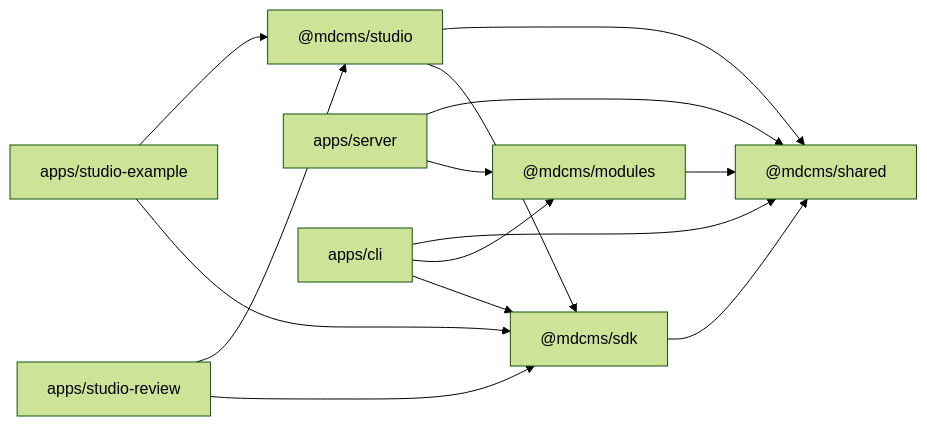
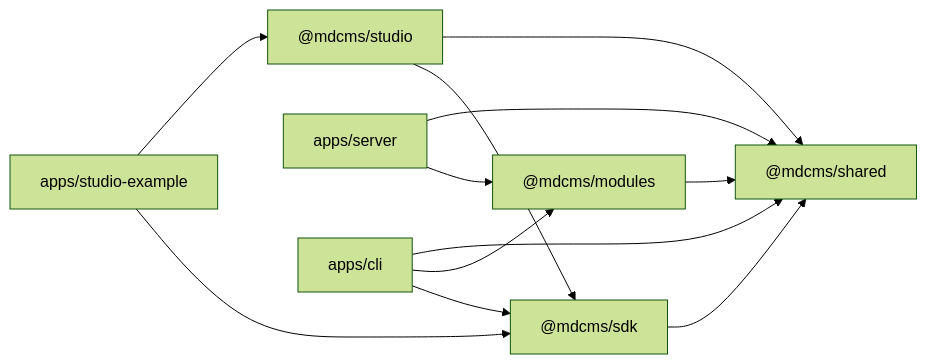
One commit to Blazity/mdcms changed the second of 2 diagrams in apps/docs/architecture/overview.mdx. Above: the diagram before and after it, drawn with Mermaid (forest theme). The commit also changed other lines of this file and 82 other files, not shown here.

First line of the commit message:
chore(cms-190): remove apps/studio-review and audit-confirmed dead code

````diff
--- a/apps/docs/architecture/overview.mdx
+++ b/apps/docs/architecture/overview.mdx
@@ -99,25 +98,22 @@
 ```mermaid
 graph LR
     shared["@mdcms/shared"]
     sdk["@mdcms/sdk"]
     studio["@mdcms/studio"]
     modules["@mdcms/modules"]
     server["apps/server"]
     cli["apps/cli"]
     studioExample["apps/studio-example"]
-    studioReview["apps/studio-review"]
 
     sdk --> shared
     studio --> shared
     studio --> sdk
     modules --> shared
     server --> shared
     server --> modules
     cli --> shared
     cli --> modules
     cli --> sdk
     studioExample --> studio
     studioExample --> sdk
-    studioReview --> studio
-    studioReview --> sdk
 ```
````
